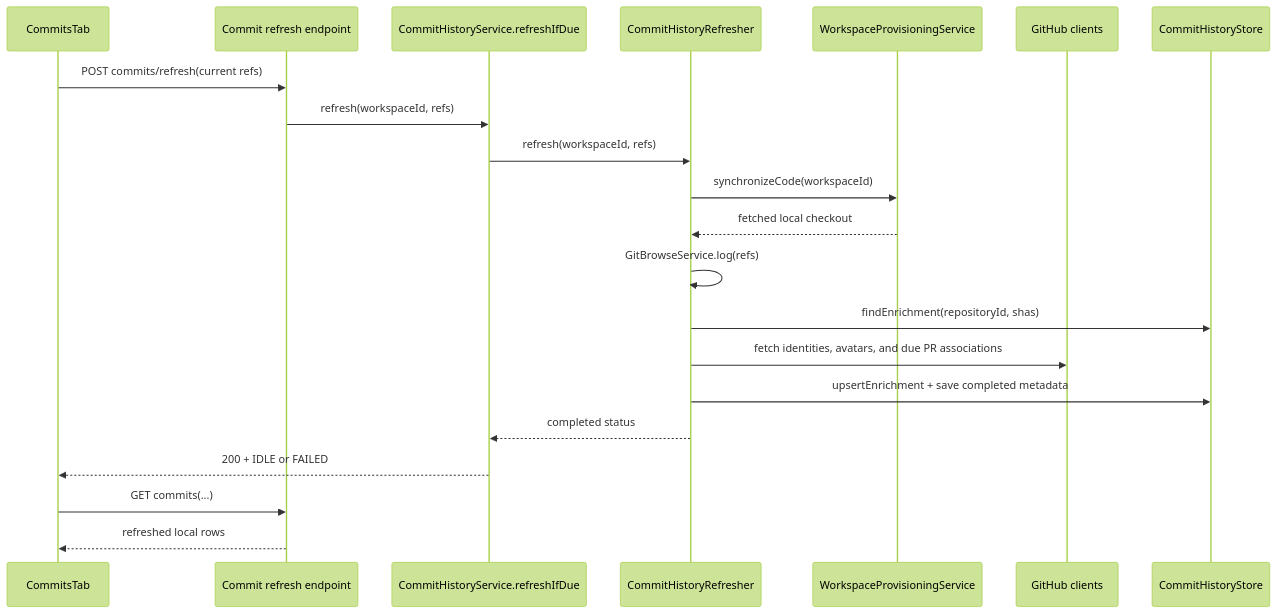
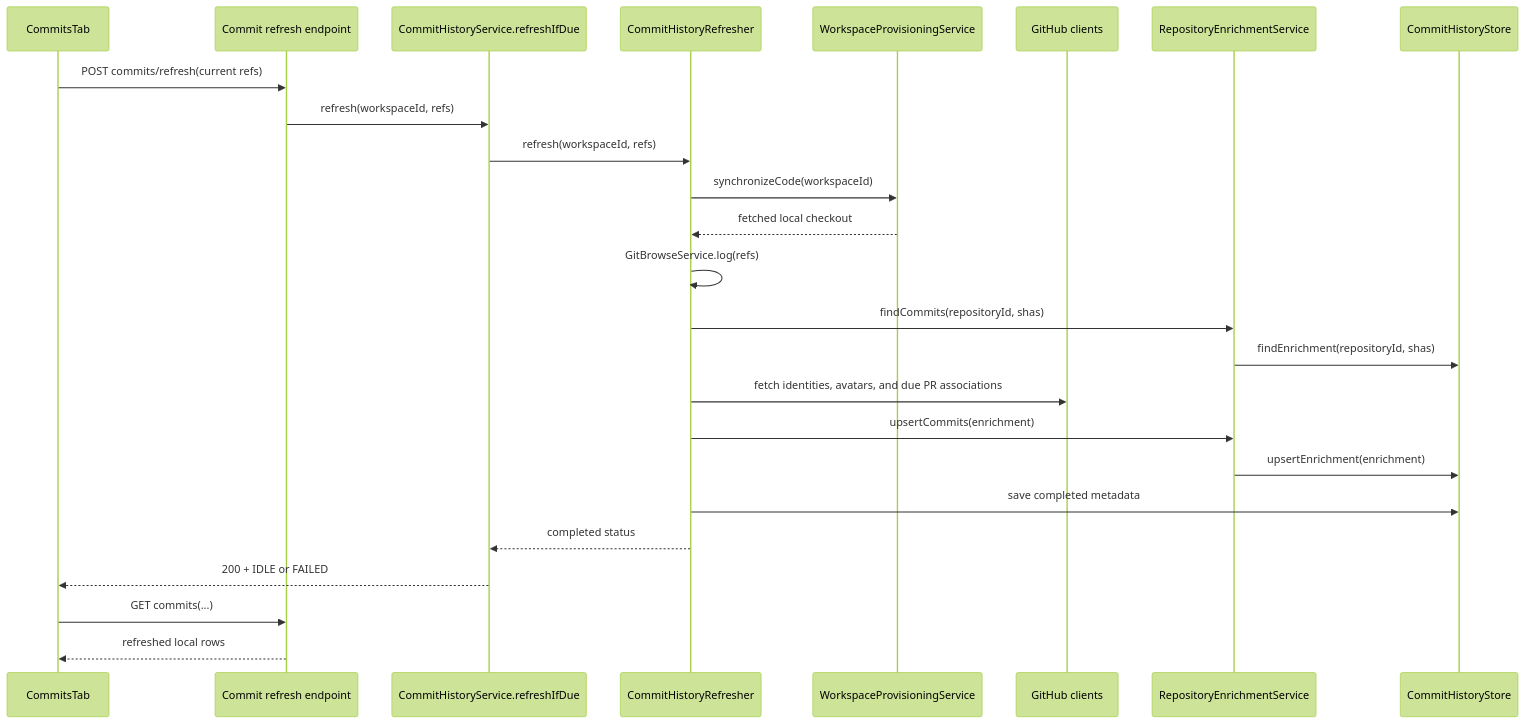
Before and after one commit to bytequay/bytequay: the second of 3 diagrams in docs/design/commits.md, drawn with Mermaid (forest theme). The commit also changed other lines of this file and 23 other files, not shown here.

Commit message:
Reuse repository enrichment for custom remotes

````diff
--- a/docs/design/commits.md
+++ b/docs/design/commits.md
@@ -434,24 +496,28 @@
 ```mermaid
 sequenceDiagram
     participant UI as CommitsTab
     participant API as Commit refresh endpoint
     participant Service as CommitHistoryService.refreshIfDue
     participant Refresher as CommitHistoryRefresher
     participant Git as WorkspaceProvisioningService
     participant GitHub as GitHub clients
+    participant Enrichment as RepositoryEnrichmentService
     participant Store as CommitHistoryStore
 
     UI->>API: POST commits/refresh(current refs)
     API->>Service: refresh(workspaceId, refs)
     Service->>Refresher: refresh(workspaceId, refs)
     Refresher->>Git: synchronizeCode(workspaceId)
     Git-->>Refresher: fetched local checkout
     Refresher->>Refresher: GitBrowseService.log(refs)
-    Refresher->>Store: findEnrichment(repositoryId, shas)
+    Refresher->>Enrichment: findCommits(repositoryId, shas)
+    Enrichment->>Store: findEnrichment(repositoryId, shas)
     Refresher->>GitHub: fetch identities, avatars, and due PR associations
-    Refresher->>Store: upsertEnrichment + save completed metadata
+    Refresher->>Enrichment: upsertCommits(enrichment)
+    Enrichment->>Store: upsertEnrichment(enrichment)
+    Refresher->>Store: save completed metadata
     Refresher-->>Service: completed status
     Service-->>UI: 200 + IDLE or FAILED
     UI->>API: GET commits(...)
     API-->>UI: refreshed local rows
 ```
````
